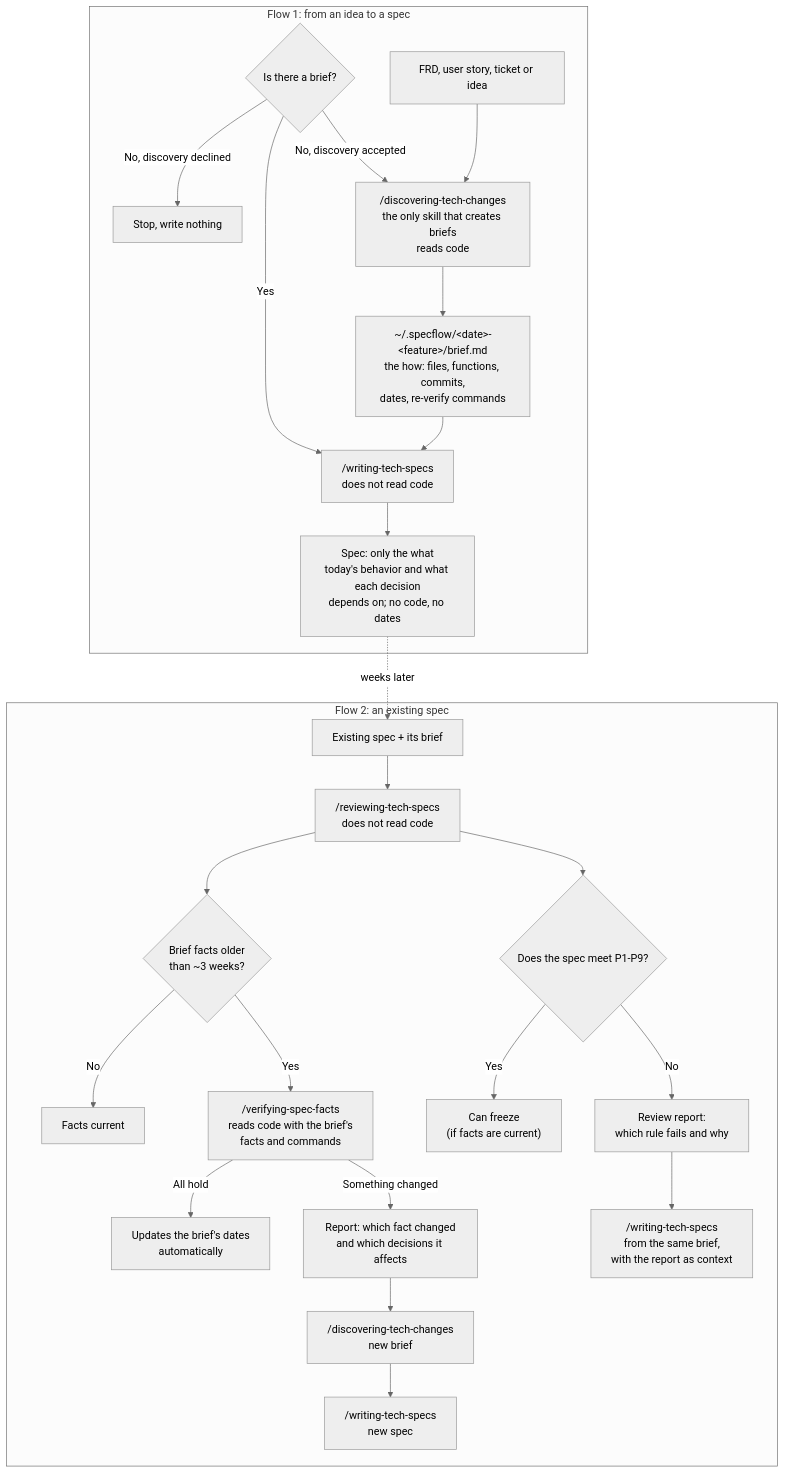
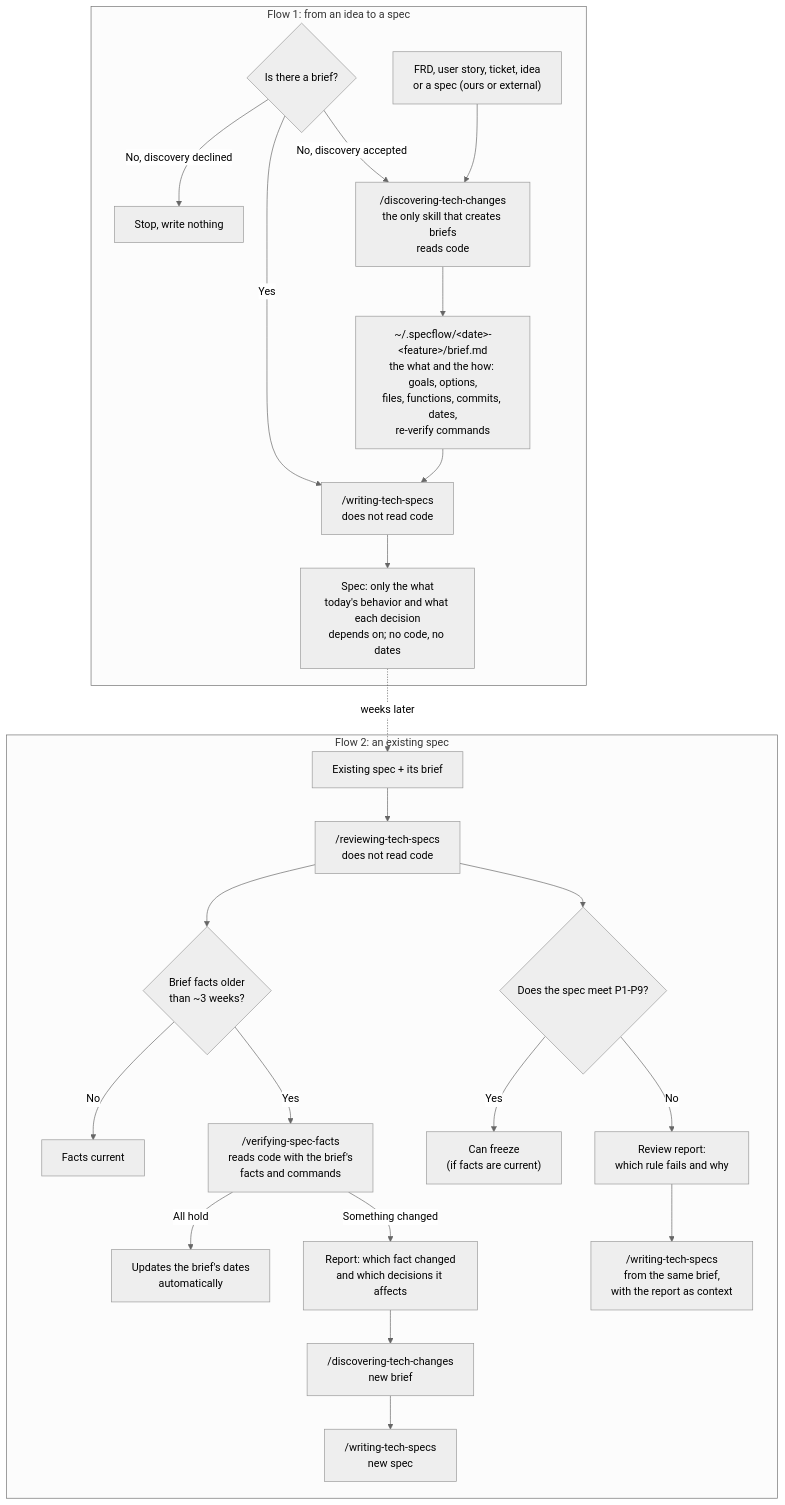
One commit to carlos-enrique-hurtado-puente/my-skills changed the diagram in docs/skills/planning/flow.md. Above: the diagram before and after it, drawn with Mermaid (neutral theme). The commit also changed other lines of this file and 11 other files, not shown here.

First line of the commit message:
feat(discovering-tech-changes): accept a spec as input

````diff
--- a/docs/skills/planning/flow.md
+++ b/docs/skills/planning/flow.md
@@ -7,30 +7,30 @@
 ```mermaid
 flowchart TD
     subgraph F1["Flow 1: from an idea to a spec"]
       Q0{"Is there a brief?"} -- "No, discovery declined" --> STOP["Stop, write nothing"]
       Q0 -- "No, discovery accepted" --> DISC
       Q0 -- "Yes" --> WRITE
-      IN["FRD, user story, ticket or idea"] --> DISC["/discovering-tech-changes<br/>the only skill that creates briefs<br/>reads code"]
-      DISC --> BRIEF["~/.specflow/&lt;date&gt;-&lt;feature&gt;/brief.md<br/>the how: files, functions, commits,<br/>dates, re-verify commands"]
+      IN["FRD, user story, ticket, idea<br/>or a spec (ours or external)"] --> DISC["/discovering-tech-changes<br/>the only skill that creates briefs<br/>reads code"]
+      DISC --> BRIEF["~/.specflow/&lt;date&gt;-&lt;feature&gt;/brief.md<br/>the what and the how: goals, options,<br/>files, functions, commits, dates,<br/>re-verify commands"]
       BRIEF --> WRITE["/writing-tech-specs<br/>does not read code"]
       WRITE --> SPEC["Spec: only the what<br/>today's behavior and what each decision<br/>depends on; no code, no dates"]
     end
 
     subgraph F2["Flow 2: an existing spec"]
       S2["Existing spec + its brief"] --> REV["/reviewing-tech-specs<br/>does not read code"]
       REV --> FORM{"Does the spec meet P1-P9?"}
       REV --> AGE{"Brief facts older<br/>than ~3 weeks?"}
 
       AGE -- "No" --> FRESH["Facts current"]
       AGE -- "Yes" --> VER["/verifying-spec-facts<br/>reads code with the brief's<br/>facts and commands"]
       VER -- "All hold" --> DATES["Updates the brief's dates<br/>automatically"]
       VER -- "Something changed" --> REPV["Report: which fact changed<br/>and which decisions it affects"]
       REPV --> DISC2["/discovering-tech-changes<br/>new brief"] --> WRITE2["/writing-tech-specs<br/>new spec"]
 
       FORM -- "Yes" --> PASS["Can freeze<br/>(if facts are current)"]
       FORM -- "No" --> REPF["Review report:<br/>which rule fails and why"]
       REPF --> WRITE3["/writing-tech-specs<br/>from the same brief,<br/>with the report as context"]
     end
 
     SPEC -. "weeks later" .-> S2
 ```
````
